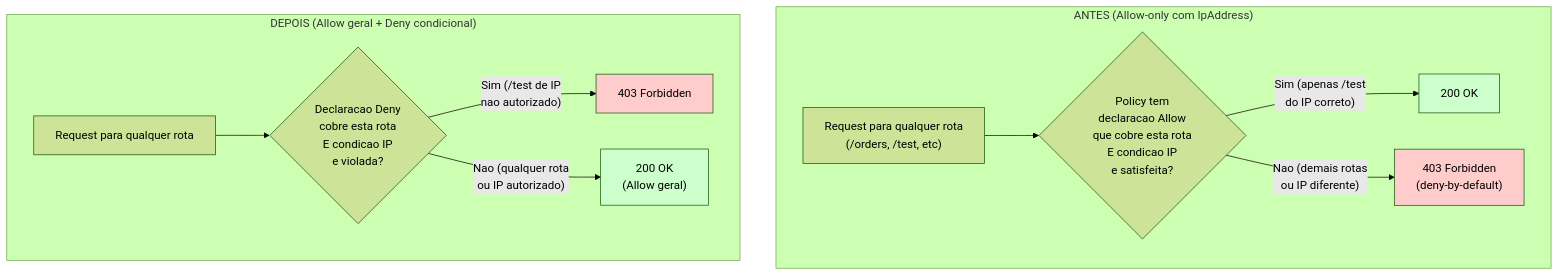
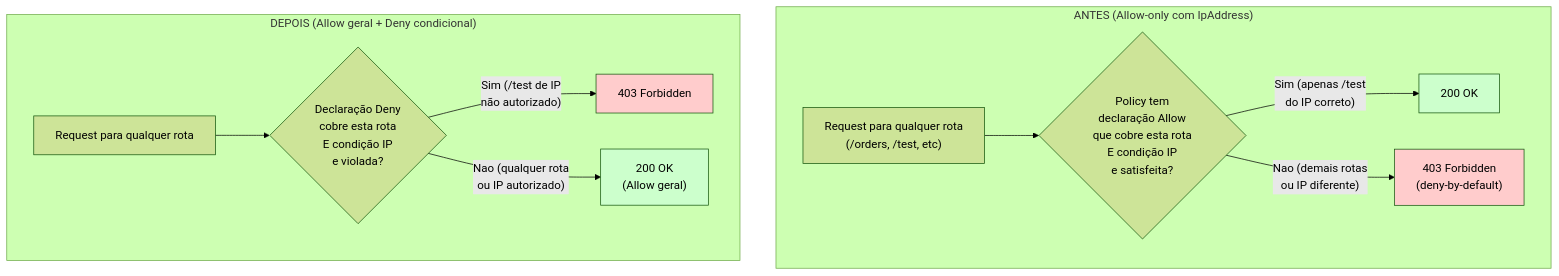
Before and after one commit to DessimA/aws-serverless-order-management: the diagram in docs/deploy_scripts.md, drawn with Mermaid (forest theme). The commit also changed other lines of this file and 17 other files, not shown here.

Commit message:
docs: portfolio-oriented README, ARCHITECTURE.md, and PT-BR accent fixes

````diff
--- a/docs/deploy_scripts.md
+++ b/docs/deploy_scripts.md
@@ -106,19 +106,19 @@
 ```mermaid
 flowchart TD
     subgraph "ANTES (Allow-only com IpAddress)"
-        A1["Request para qualquer rota<br/>(/orders, /test, etc)"] --> B1{"Policy tem<br/>declaracao Allow<br/>que cobre esta rota<br/>E condicao IP<br/>e satisfeita?"}
+        A1["Request para qualquer rota<br/>(/orders, /test, etc)"] --> B1{"Policy tem<br/>declaração Allow<br/>que cobre esta rota<br/>E condição IP<br/>e satisfeita?"}
         B1 -->|"Sim (apenas /test<br/>do IP correto)"| C1["200 OK"]
         B1 -->|"Nao (demais rotas<br/>ou IP diferente)"| D1["403 Forbidden<br/>(deny-by-default)"]
     end
 
     subgraph "DEPOIS (Allow geral + Deny condicional)"
-        A2["Request para qualquer rota"] --> B2{"Declaracao Deny<br/>cobre esta rota<br/>E condicao IP<br/>e violada?"}
-        B2 -->|"Sim (/test de IP<br/>nao autorizado)"| C2["403 Forbidden"]
+        A2["Request para qualquer rota"] --> B2{"Declaração Deny<br/>cobre esta rota<br/>E condição IP<br/>e violada?"}
+        B2 -->|"Sim (/test de IP<br/>não autorizado)"| C2["403 Forbidden"]
         B2 -->|"Nao (qualquer rota<br/>ou IP autorizado)"| D2["200 OK<br/>(Allow geral)"]
     end
 
     style D1 fill:#ffcccc
     style C1 fill:#ccffcc
     style C2 fill:#ffcccc
     style D2 fill:#ccffcc
 ```
````
